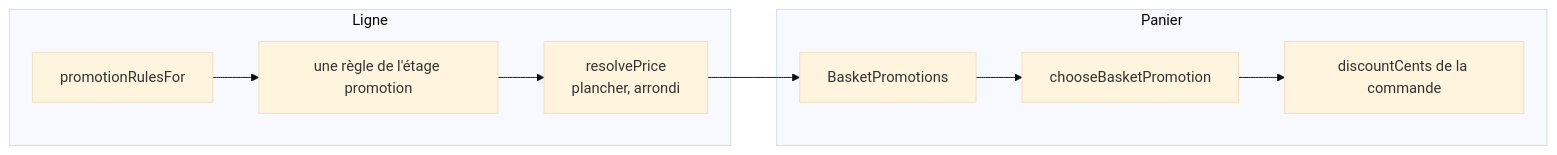
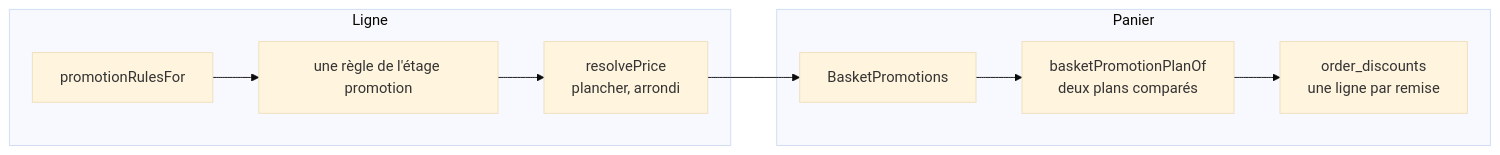
Before and after one commit to hugoheynard/lfd: the fourth of 7 diagrams in documentation/pricing/promotions.md, drawn with Mermaid (base theme). The commit also changed other lines of this file, not shown here.

First line of the commit message:
docs(promotions): la doc d'état rattrape L10, L12, le cumul et la multi-remise de panier

````diff
--- a/documentation/pricing/promotions.md
+++ b/documentation/pricing/promotions.md
@@ -116,10 +150,10 @@
 ```mermaid
 flowchart LR
     subgraph Ligne
       L1["promotionRulesFor"] --> L2["une règle de l'étage promotion"] --> L3["resolvePrice<br/>plancher, arrondi"]
     end
     subgraph Panier
-      P1["BasketPromotions"] --> P2["chooseBasketPromotion"] --> P3["discountCents de la commande"]
+      P1["BasketPromotions"] --> P2["basketPromotionPlanOf<br/>deux plans comparés"] --> P3["order_discounts<br/>une ligne par remise"]
     end
     L3 --> P1
 ```
````
